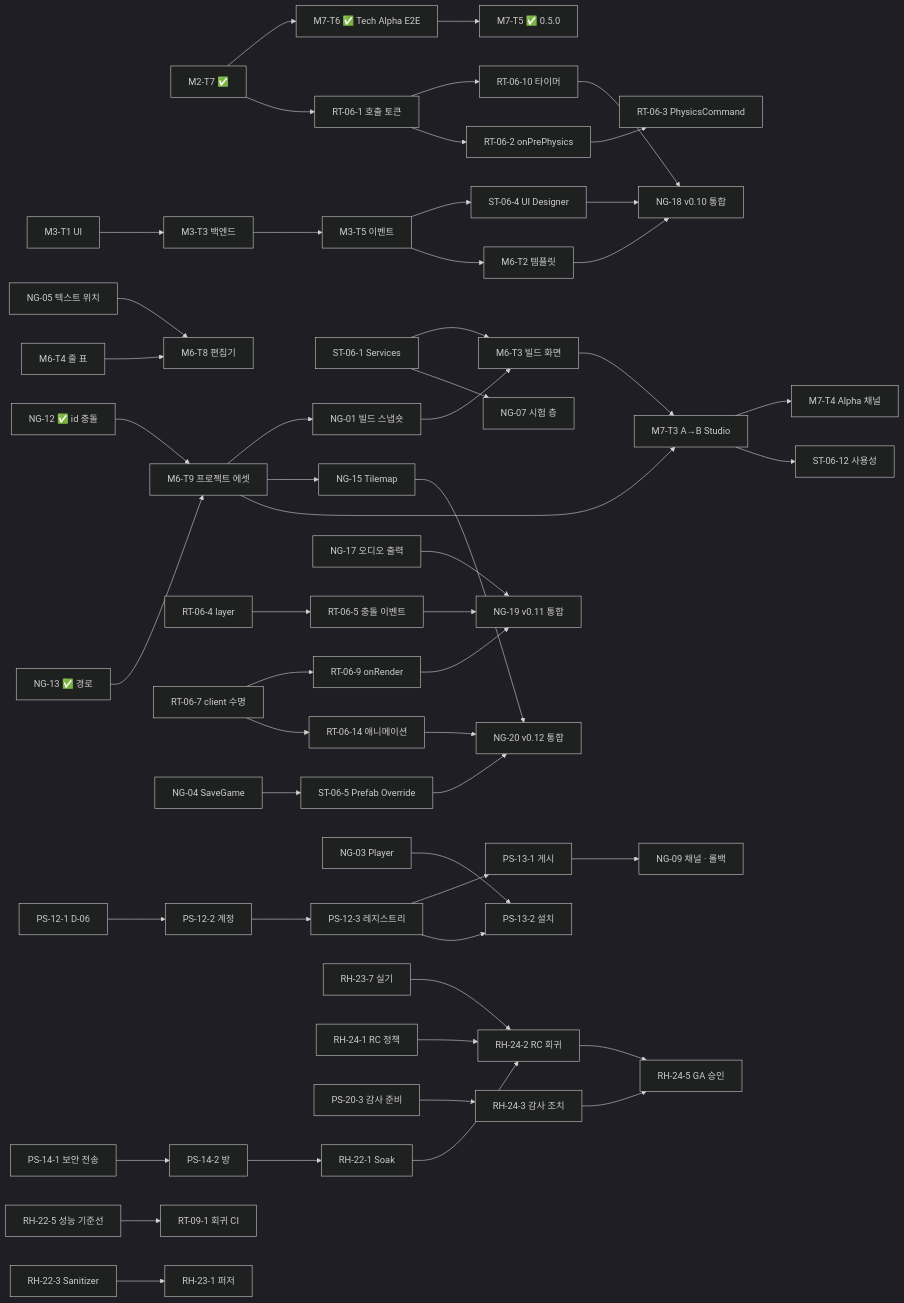
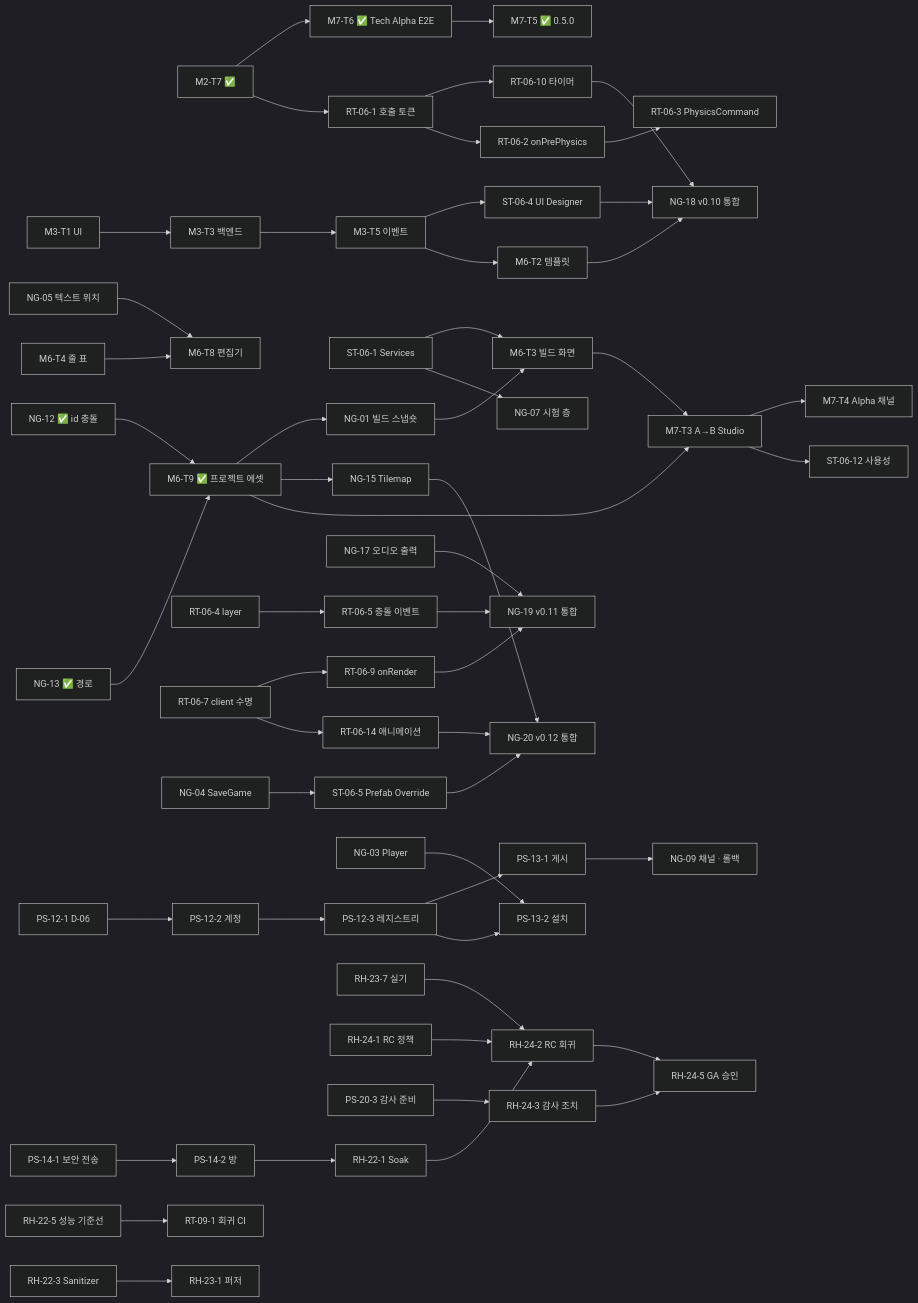
Before and after one commit to blackvrice/Sandbox: the diagram in docs/roadmap/README.md, drawn with Mermaid (dark theme). The commit also changed other lines of this file and 32 other files, not shown here.

````diff
--- a/docs/roadmap/README.md
+++ b/docs/roadmap/README.md
@@ -58,36 +58,36 @@
 ```mermaid
 graph LR
   M2T7[M2-T7 ✅] --> M7T6[M7-T6 ✅ Tech Alpha E2E] --> M7T5[M7-T5 ✅ 0.5.0]
-  NG12[NG-12 ✅ id 충돌] --> M6T9[M6-T9 프로젝트 에셋]
+  NG12[NG-12 ✅ id 충돌] --> M6T9[M6-T9 ✅ 프로젝트 에셋]
   NG13[NG-13 ✅ 경로] --> M6T9
   M6T9 --> NG01[NG-01 빌드 스냅숏] --> M6T3[M6-T3 빌드 화면]
   M3T1[M3-T1 UI] --> M3T3[M3-T3 백엔드] --> M3T5[M3-T5 이벤트]
   ST061[ST-06-1 Services] --> M6T3
   ST061 --> NG07[NG-07 시험 층]
   NG05[NG-05 텍스트 위치] --> M6T8[M6-T8 편집기]
   M6T4[M6-T4 줄 표] --> M6T8
   M3T5 --> ST064[ST-06-4 UI Designer] --> NG18[NG-18 v0.10 통합]
   M3T5 --> M6T2[M6-T2 템플릿] --> NG18
   M2T7 --> RT061[RT-06-1 호출 토큰] --> RT0610[RT-06-10 타이머] --> NG18
   RT061 --> RT062[RT-06-2 onPrePhysics] --> RT063[RT-06-3 PhysicsCommand]
   RT064[RT-06-4 layer] --> RT065[RT-06-5 충돌 이벤트] --> NG19[NG-19 v0.11 통합]
   RT067[RT-06-7 client 수명] --> RT069[RT-06-9 onRender] --> NG19
   NG17[NG-17 오디오 출력] --> NG19
   NG04[NG-04 SaveGame] --> ST065[ST-06-5 Prefab Override] --> NG20[NG-20 v0.12 통합]
   M6T9 --> NG15[NG-15 Tilemap] --> NG20
   RT067 --> RT0614[RT-06-14 애니메이션] --> NG20
   M6T3 --> M7T3[M7-T3 A→B Studio]
   M6T9 --> M7T3 --> M7T4[M7-T4 Alpha 채널]
   M7T3 --> ST0612[ST-06-12 사용성]
   PS121[PS-12-1 D-06] --> PS122[PS-12-2 계정] --> PS123[PS-12-3 레지스트리] --> PS131[PS-13-1 게시]
   NG03[NG-03 Player] --> PS132[PS-13-2 설치]
   PS123 --> PS132
   PS131 --> NG09[NG-09 채널 · 롤백]
   PS141[PS-14-1 보안 전송] --> PS142[PS-14-2 방] --> RH221[RH-22-1 Soak]
   RH225[RH-22-5 성능 기준선] --> RT091[RT-09-1 회귀 CI]
   RH223[RH-22-3 Sanitizer] --> RH231[RH-23-1 퍼저]
   RH221 --> RH242[RH-24-2 RC 회귀]
   RH237[RH-23-7 실기] --> RH242
   RH241[RH-24-1 RC 정책] --> RH242 --> RH245[RH-24-5 GA 승인]
   PS203[PS-20-3 감사 준비] --> RH243[RH-24-3 감사 조치] --> RH245
 ```
````
